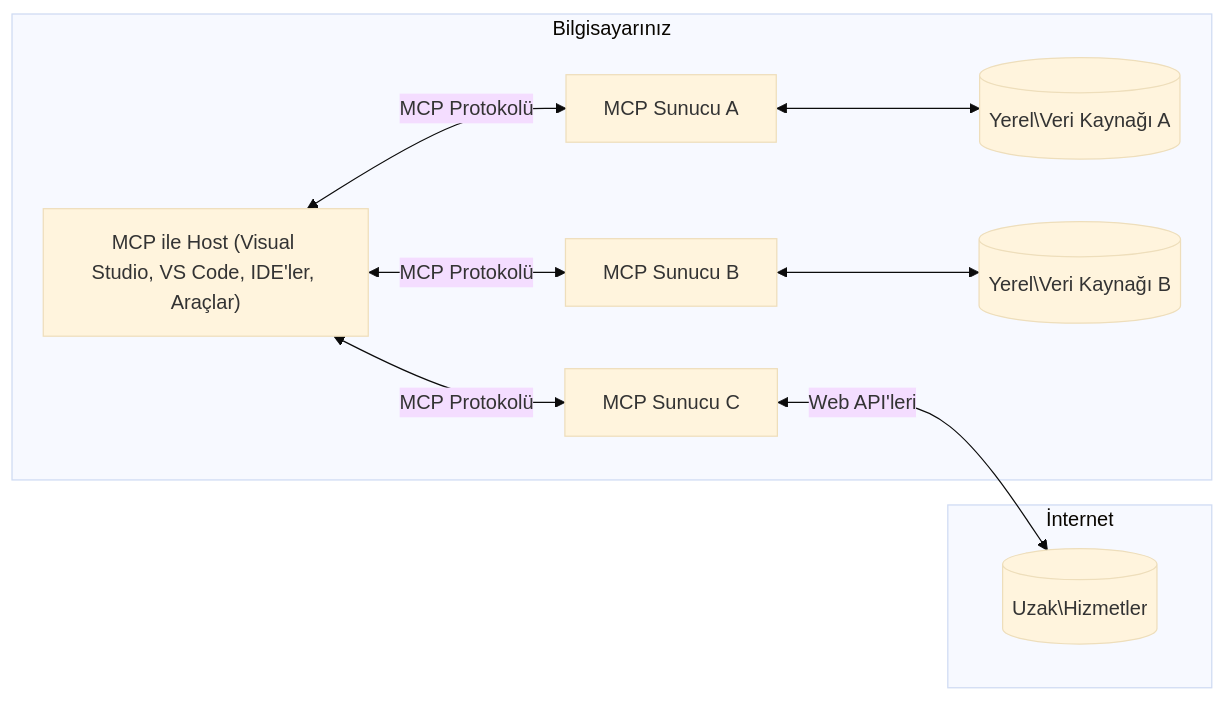
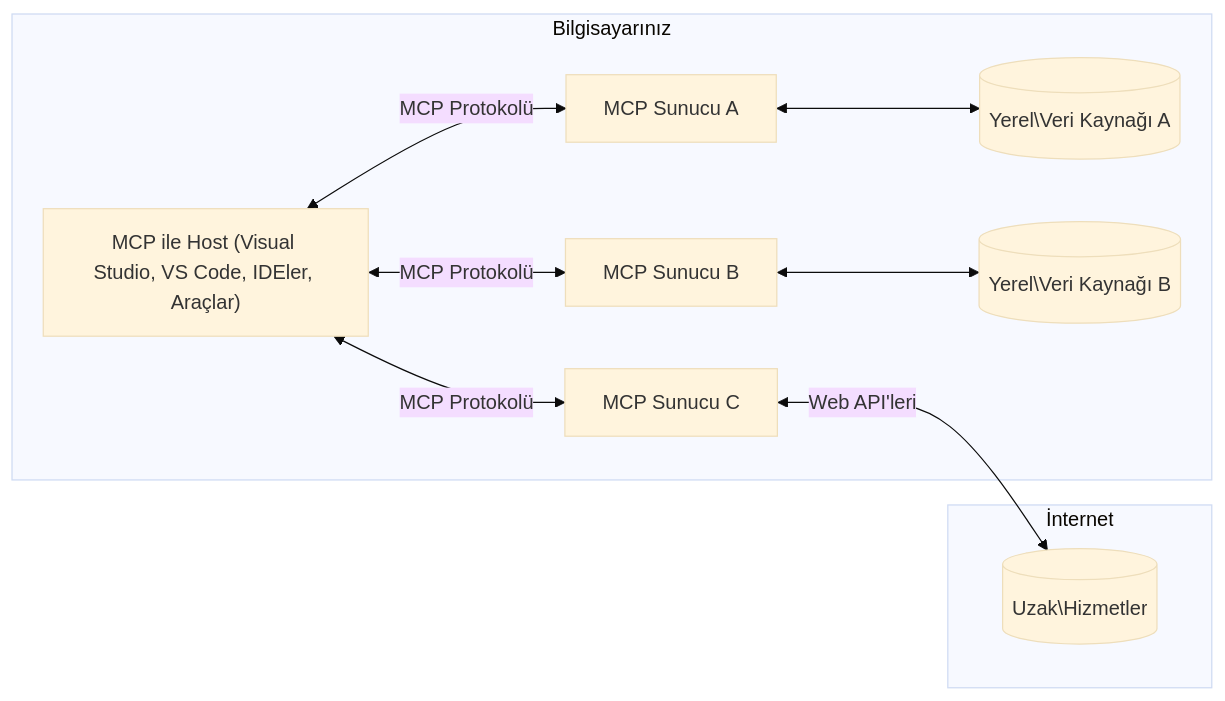
One commit to Mu-L/mcp-for-beginners changed the diagram in translations/tr/01-CoreConcepts/README.md. Above: the diagram before and after it, drawn with Mermaid (base theme). The commit also changed other lines of this file and 110 other files, not shown here.

````diff
--- a/translations/tr/01-CoreConcepts/README.md
+++ b/translations/tr/01-CoreConcepts/README.md
@@ -45,17 +45,17 @@
 ```mermaid
 flowchart LR
     subgraph "Bilgisayarınız"
-        Host["MCP ile Host (Visual Studio, VS Code, IDE'ler, Araçlar)"]
+        Host["MCP ile Host (Visual Studio, VS Code, IDEler, Araçlar)"]
         S1["MCP Sunucu A"]
         S2["MCP Sunucu B"]
         S3["MCP Sunucu C"]
         Host <-->|"MCP Protokolü"| S1
         Host <-->|"MCP Protokolü"| S2
         Host <-->|"MCP Protokolü"| S3
         S1 <--> D1[("Yerel\Veri Kaynağı A")]
         S2 <--> D2[("Yerel\Veri Kaynağı B")]
     end
     subgraph "İnternet"
         S3 <-->|"Web API'leri"| D3[("Uzak\Hizmetler")]
     end
 ```
````
